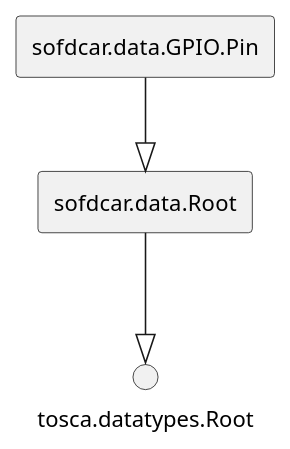
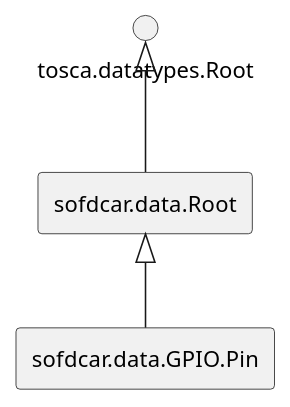
The diagram in docs/docs/sofdcar/tosca-sofdcar-profile.data-types.puml (OpenTOSCA/opentosca-vintner), drawn with PlantUML before and after one commit. The commit also changed 28 other files, not shown here.

```diff
--- a/docs/docs/sofdcar/tosca-sofdcar-profile.data-types.puml
+++ b/docs/docs/sofdcar/tosca-sofdcar-profile.data-types.puml
@@ -1,14 +1,14 @@
 @startuml
 skinparam componentStyle rectangle
 
 
 rectangle "sofdcar.data.Root"
 
 rectangle "sofdcar.data.GPIO.Pin"
 
 
-"sofdcar.data.Root" --|> "tosca.datatypes.Root"
+"tosca.datatypes.Root" <|-- "sofdcar.data.Root"
 
-"sofdcar.data.GPIO.Pin" --|> "sofdcar.data.Root"
+"sofdcar.data.Root" <|-- "sofdcar.data.GPIO.Pin"
 
 @enduml
```
